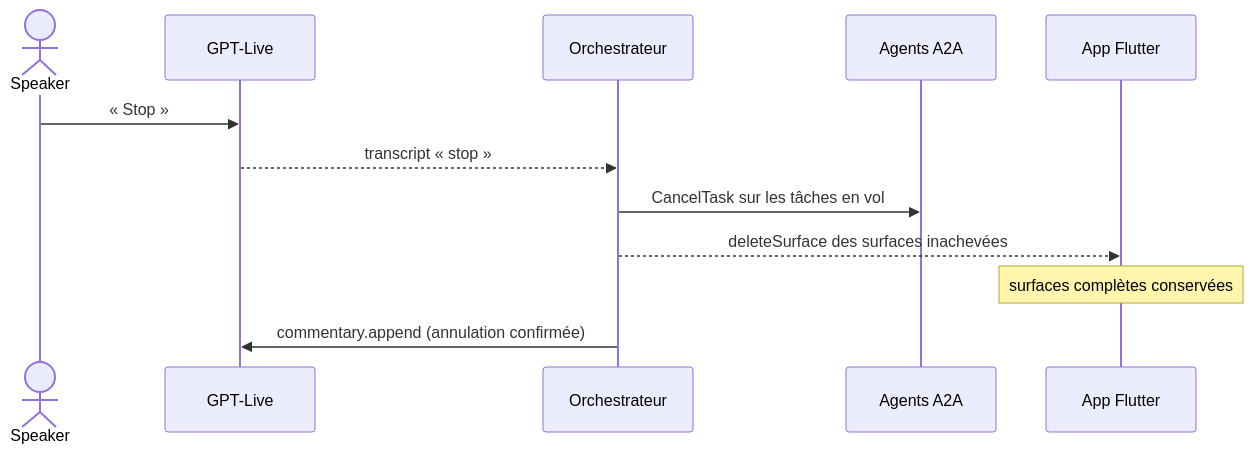
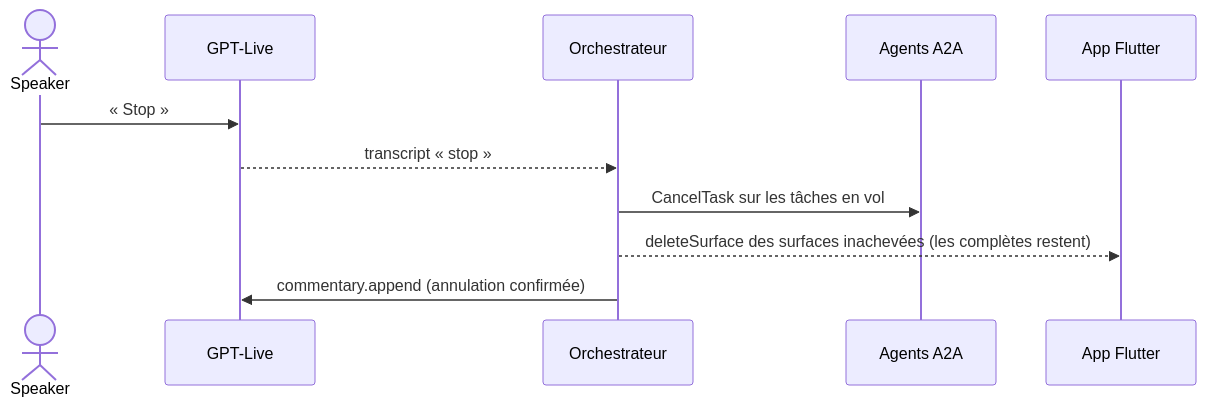
Before and after one commit to b-fontaine/ai_voice_ui: the fifth of 5 diagrams in product/architecture/agents-protocols.md, drawn with Mermaid. The commit also changed other lines of this file and 18 other files, not shown here.

````diff
--- a/product/architecture/agents-protocols.md
+++ b/product/architecture/agents-protocols.md
@@ -122,14 +119,13 @@
 ```mermaid
 sequenceDiagram
   actor S as Speaker
   participant L as GPT-Live
   participant O as Orchestrateur
   participant Ag as Agents A2A
   participant App as App Flutter
   S->>L: « Stop »
   L-->>O: transcript « stop »
   O->>Ag: CancelTask sur les tâches en vol
-  O-->>App: deleteSurface des surfaces inachevées
-  Note over App: surfaces complètes conservées
+  O-->>App: deleteSurface des surfaces inachevées (les complètes restent)
   O->>L: commentary.append (annulation confirmée)
 ```
````
